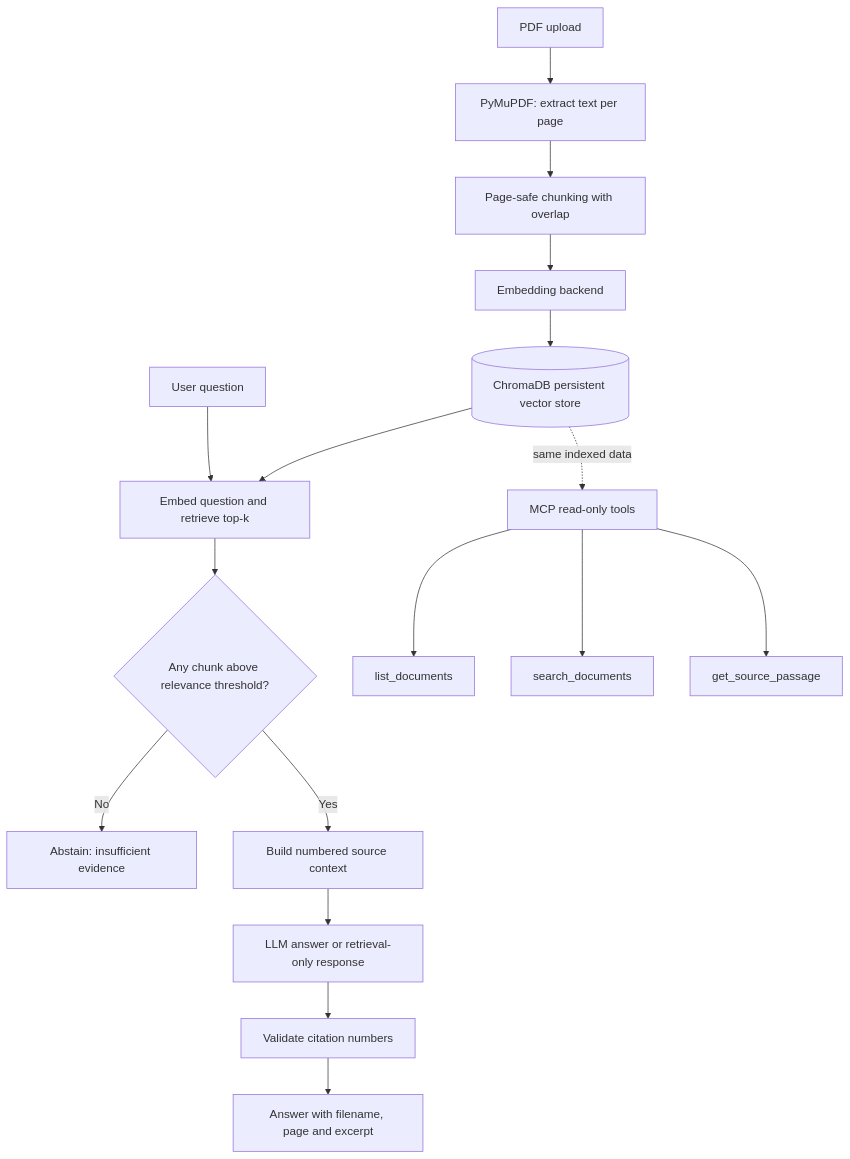
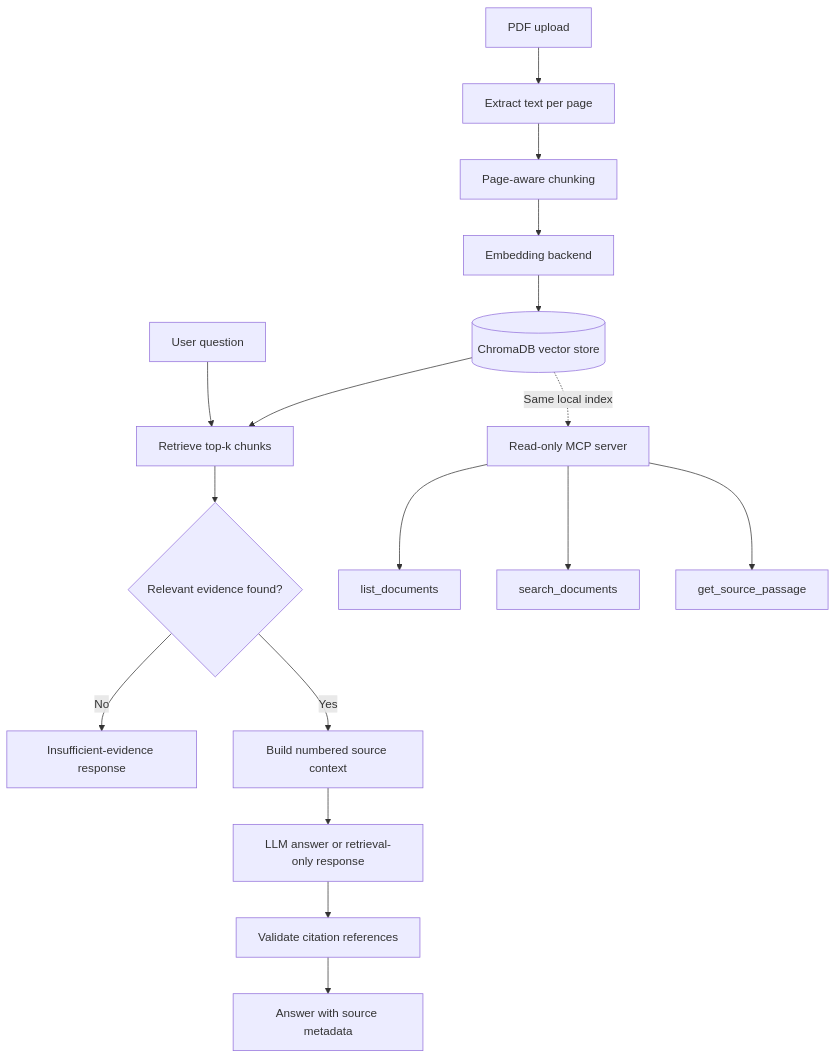
One commit to devendra8861jee-data/knowledgepilot-ai changed the diagram in README.md. Above: the diagram before and after it, drawn with Mermaid. The commit also changed other lines of this file, not shown here.

Commit message:
Improve README with setup, architecture, features, and screenshot guidance

````diff
--- a/README.md
+++ b/README.md
@@ -15,19 +45,19 @@
 ```mermaid
 flowchart TD
-    A[PDF upload] --> B[PyMuPDF: extract text per page]
-    B --> C[Page-safe chunking with overlap]
+    A[PDF upload] --> B[Extract text per page]
+    B --> C[Page-aware chunking]
     C --> D[Embedding backend]
-    D --> E[(ChromaDB persistent vector store)]
-    U[User question] --> R[Embed question and retrieve top-k]
+    D --> E[(ChromaDB vector store)]
+    Q[User question] --> R[Retrieve top-k chunks]
     E --> R
-    R --> T{Any chunk above relevance threshold?}
-    T -- No --> F[Abstain: insufficient evidence]
-    T -- Yes --> S[Build numbered source context]
-    S --> G[LLM answer or retrieval-only response]
-    G --> V[Validate citation numbers]
-    V --> O[Answer with filename, page and excerpt]
-    E -. same indexed data .-> M[MCP read-only tools]
+    R --> T{Relevant evidence found?}
+    T -- No --> U[Insufficient-evidence response]
+    T -- Yes --> V[Build numbered source context]
+    V --> W[LLM answer or retrieval-only response]
+    W --> X[Validate citation references]
+    X --> Y[Answer with source metadata]
+    E -. Same local index .-> M[Read-only MCP server]
     M --> M1[list_documents]
     M --> M2[search_documents]
     M --> M3[get_source_passage]
 ```
````
